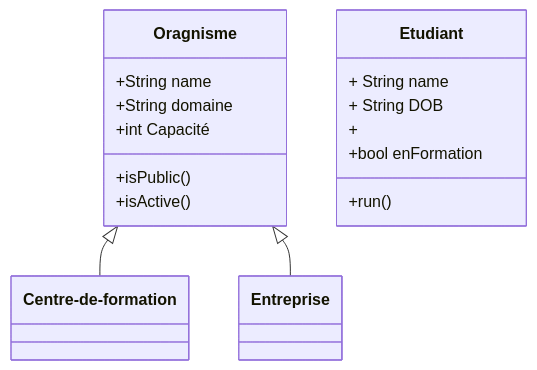
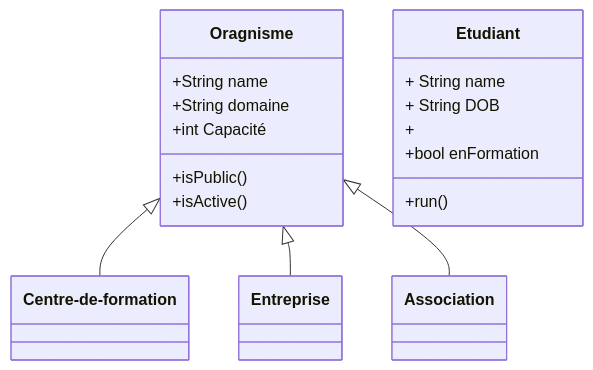
Before and after one commit to bouzidifatimazohra00-ux/inclusion-numerique-93: the diagram in acteurslecaotunglam.md, drawn with Mermaid.

Commit message:
Add Association class to class diagram
Added Association class and updated class diagram.

````diff
--- a/acteurslecaotunglam.md
+++ b/acteurslecaotunglam.md
@@ -2,26 +2,29 @@
 ```mermaid
 classDiagram
      
     Oragnisme <|-- Centre-de-formation
     Oragnisme <|-- Entreprise
+    Oragnisme <|-- Association
     class Oragnisme{
         +String name
         +isPublic()
         +isActive()
         +String domaine
         +int Capacité
     }
+class Association {
+}
     class Centre-de-formation{
       
     }
     class Entreprise{
     
     }
     class Etudiant{
         + String name
         + String DOB
         + 
       +bool enFormation
       +run()
     }
 ```
````
